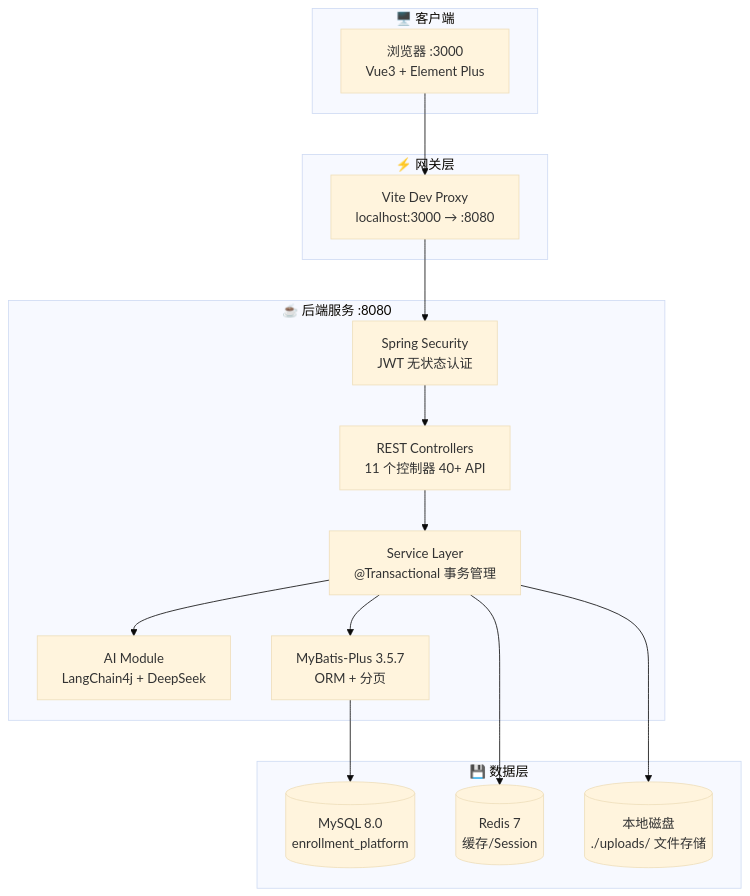
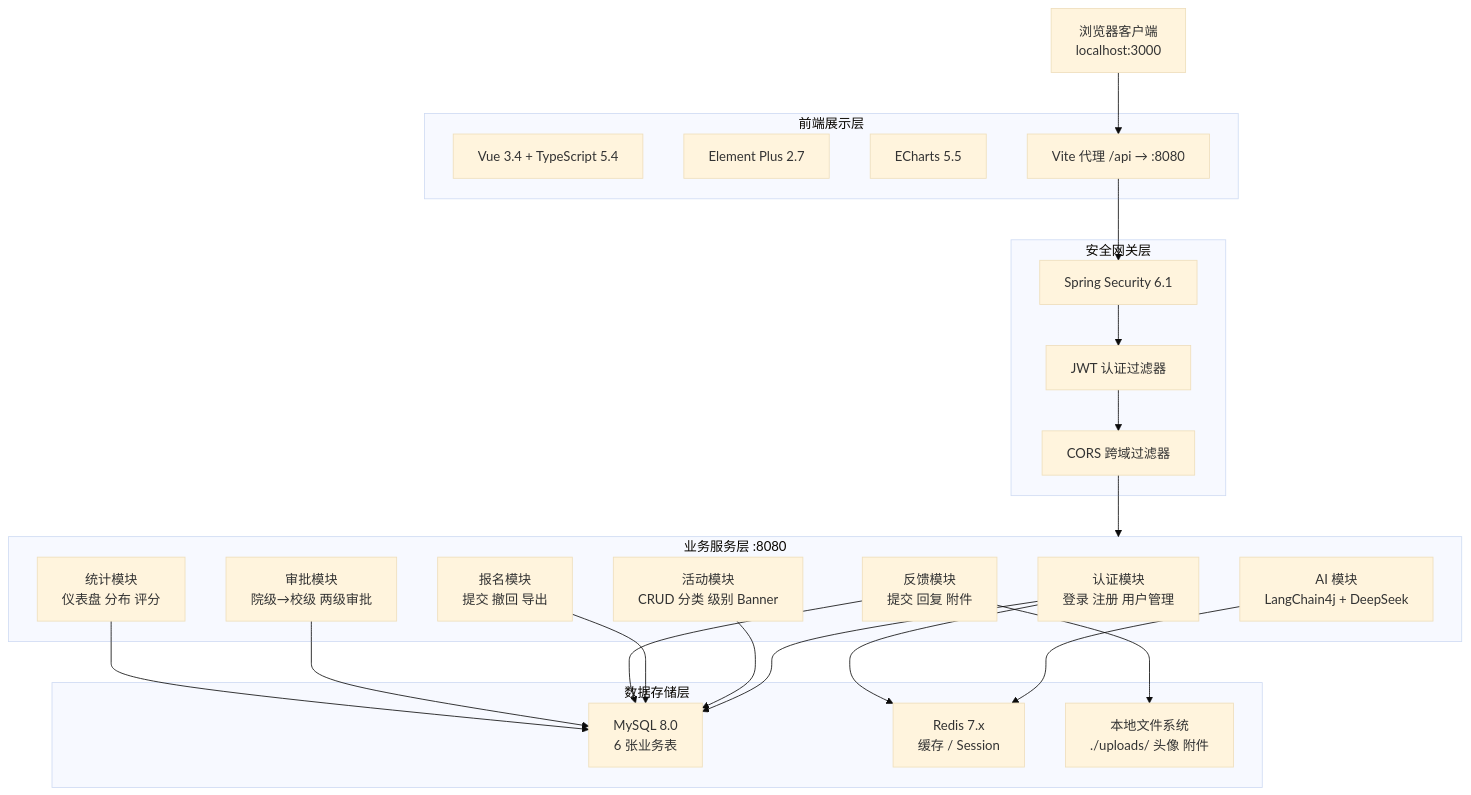
The first of 6 diagrams in doc/architecture.md (spider-freedom/enrollment-platform), drawn with Mermaid (base theme) before and after one commit. The commit also changed other lines of this file, not shown here.

Commit message:
docs: 架构图优化-去除图标+技术栈细化到模块级+图表排版美化

````diff
--- a/doc/architecture.md
+++ b/doc/architecture.md
@@ -9,34 +9,48 @@
 ```mermaid
 graph TB
-    subgraph 客户端["🖥️ 客户端"]
-        Browser["浏览器 :3000<br/>Vue3 + Element Plus"]
+    Browser["浏览器客户端<br/>localhost:3000"]
+
+    subgraph Frontend["前端展示层"]
+        Vue["Vue 3.4 + TypeScript 5.4"]
+        Element["Element Plus 2.7"]
+        ECharts["ECharts 5.5"]
+        ViteProxy["Vite 代理 /api → :8080"]
     end
 
-    subgraph 网关["⚡ 网关层"]
-        Vite["Vite Dev Proxy<br/>localhost:3000 → :8080"]
+    subgraph Gateway["安全网关层"]
+        SpringSec["Spring Security 6.1"]
+        JWTFilter["JWT 认证过滤器"]
+        CorsFilter["CORS 跨域过滤器"]
     end
 
-    subgraph 后端["☕ 后端服务 :8080"]
-        Security["Spring Security<br/>JWT 无状态认证"]
-        Controllers["REST Controllers<br/>11 个控制器 40+ API"]
-        Services["Service Layer<br/>@Transactional 事务管理"]
-        AI["AI Module<br/>LangChain4j + DeepSeek"]
-        ORM["MyBatis-Plus 3.5.7<br/>ORM + 分页"]
+    subgraph Business["业务服务层 :8080"]
+        AuthMod["认证模块<br/>登录 注册 用户管理"]
+        ActMod["活动模块<br/>CRUD 分类 级别 Banner"]
+        EnrollMod["报名模块<br/>提交 撤回 导出"]
+        FeedbackMod["反馈模块<br/>提交 回复 附件"]
+        ApprovalMod["审批模块<br/>院级→校级 两级审批"]
+        StatsMod["统计模块<br/>仪表盘 分布 评分"]
+        AIMod["AI 模块<br/>LangChain4j + DeepSeek"]
     end
 
-    subgraph 存储["💾 数据层"]
-        MySQL[("MySQL 8.0<br/>enrollment_platform")]
-        Redis[("Redis 7<br/>缓存/Session")]
-        Disk[("本地磁盘<br/>./uploads/ 文件存储")]
+    subgraph Data["数据存储层"]
+        MySQL["MySQL 8.0<br/>6 张业务表"]
+        Redis["Redis 7.x<br/>缓存 / Session"]
+        DiskStorage["本地文件系统<br/>./uploads/ 头像 附件"]
     end
 
-    Browser --> Vite
-    Vite --> Security
-    Security --> Controllers
-    Controllers --> Services
-    Services --> ORM
-    Services --> AI
-    ORM --> MySQL
-    Services --> Redis
-    Services --> Disk
+    Browser --> ViteProxy
+    ViteProxy --> SpringSec
+    SpringSec --> JWTFilter
+    JWTFilter --> CorsFilter
+    CorsFilter --> Business
+    AuthMod --> MySQL
+    ActMod --> MySQL
+    EnrollMod --> MySQL
+    FeedbackMod --> MySQL
+    FeedbackMod --> DiskStorage
+    ApprovalMod --> MySQL
+    StatsMod --> MySQL
+    AIMod --> Redis
+    AuthMod --> Redis
 ```
````
